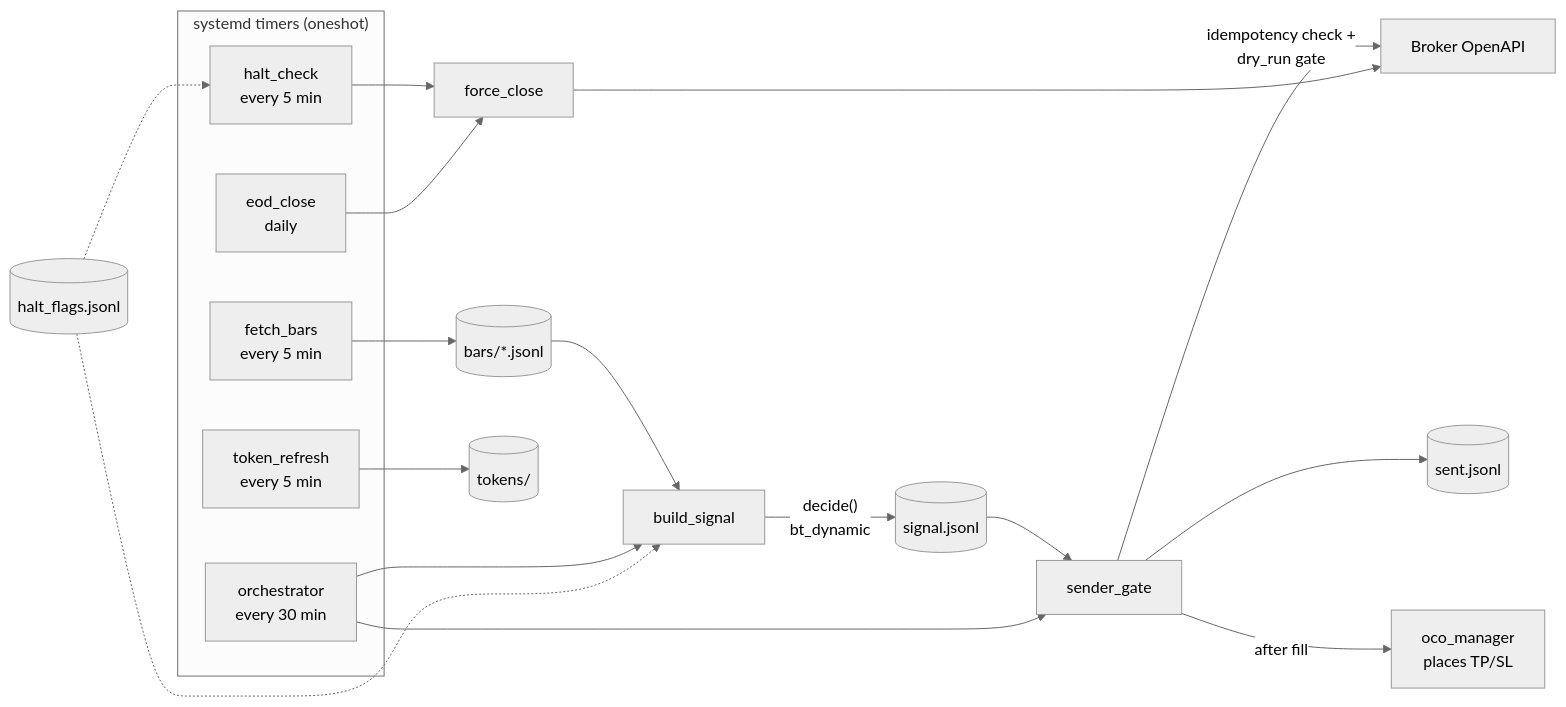
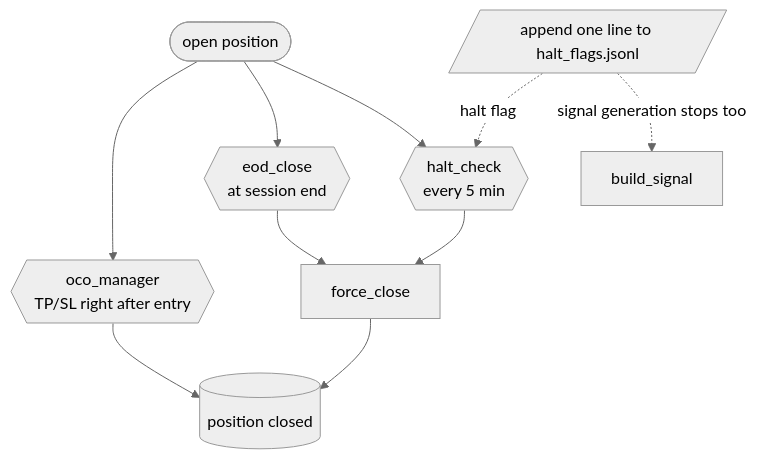
Before and after one commit to yktsnet/live-dynamic: the second of 2 diagrams in README.en.md, drawn with Mermaid (neutral theme). The commit also changed other lines of this file and 1 other file, not shown here.

Commit message:
docs(readme): split the architecture diagram by subject
1枚に「判定と発注の分離」と「多層フェイルセーフ」の2主題が詰まっており、
どちらも埋没していた。Architecture に前者、Safety Design に後者を置く。
oco_manager は安全装置なので後者へ移す。

````diff
--- a/README.en.md
+++ b/README.en.md
@@ -38,26 +65,13 @@
 ```mermaid
-flowchart LR
-    subgraph timers["systemd timers (oneshot)"]
-        FB[fetch_bars<br/>every 5 min]
-        OR[orchestrator<br/>every 30 min]
-        HC[halt_check<br/>every 5 min]
-        EOD[eod_close<br/>daily]
-        TR[token_refresh<br/>every 5 min]
-    end
-
-    FB --> BARS[(bars/*.jsonl)]
-    BARS --> BS[build_signal]
-    OR --> BS
-    BS -- decide()<br/>bt_dynamic --> SIG[(signal.jsonl)]
-    SIG --> SG[sender_gate]
-    OR --> SG
-    SG -- idempotency check +<br/>dry_run gate --> BROKER[Broker OpenAPI]
-    SG --> SENT[(sent.jsonl)]
-    SG -- after fill --> OCO[oco_manager<br/>places TP/SL]
-    HALT[(halt_flags.jsonl)] -.-> BS
-    HALT -.-> HC
-    HC --> FC[force_close]
-    EOD --> FC
-    FC --> BROKER
-    TR --> TOKEN[(tokens/)]
+flowchart TD
+    POS(["open position"])
+    POS --> OCO{{"oco_manager<br/>TP/SL right after entry"}}
+    POS --> EOD{{"eod_close<br/>at session end"}}
+    POS --> HC{{"halt_check<br/>every 5 min"}}
+    HALT[/"append one line to halt_flags.jsonl"/] -.->|"halt flag"| HC
+    HALT -.->|"signal generation stops too"| BS["build_signal"]
+    OCO --> CLOSED[("position closed")]
+    EOD --> FC["force_close"]
+    HC --> FC
+    FC --> CLOSED
 ```
````
